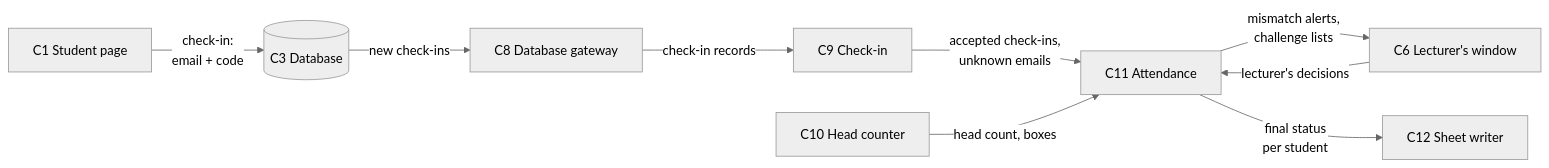
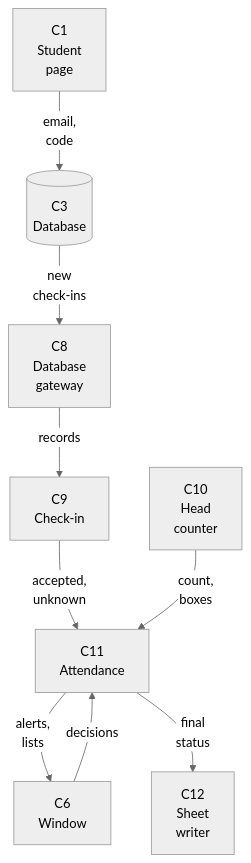
Before and after one commit to yonatanShoval/OOP_Exercise2: the second of 4 diagrams in docs/components.md, drawn with Mermaid (neutral theme). The commit also changed other lines of this file and 3 other files, not shown here.

First line of the commit message:
Fix the component diagrams for GitHub; automatic lecture summary through Gemini

````diff
--- a/docs/components.md
+++ b/docs/components.md
@@ -64,19 +64,19 @@
 ```mermaid
-flowchart LR
-    P["C1 Student page"]
-    DB[("C3 Database")]
-    G["C8 Database gateway"]
-    K["C9 Check-in"]
-    HC["C10 Head counter"]
-    A["C11 Attendance"]
-    W["C6 Lecturer's window"]
-    S["C12 Sheet writer"]
-    P -- "check-in:<br/>email + code" --> DB
-    DB -- "new check-ins" --> G
-    G -- "check-in records" --> K
-    K -- "accepted check-ins,<br/>unknown emails" --> A
-    HC -- "head count, boxes" --> A
-    A -- "mismatch alerts,<br/>challenge lists" --> W
-    W -- "lecturer's decisions" --> A
-    A -- "final status<br/>per student" --> S
+flowchart TB
+    P["C1<br/>Student<br/>page"]
+    DB[("C3<br/>Database")]
+    G["C8<br/>Database<br/>gateway"]
+    K["C9<br/>Check-in"]
+    HC["C10<br/>Head<br/>counter"]
+    A["C11<br/>Attendance"]
+    W["C6<br/>Window"]
+    S["C12<br/>Sheet<br/>writer"]
+    P -- "email,<br/>code" --> DB
+    DB -- "new<br/>check-ins" --> G
+    G -- "records" --> K
+    K -- "accepted,<br/>unknown" --> A
+    HC -- "count,<br/>boxes" --> A
+    A -- "alerts,<br/>lists" --> W
+    W -- "decisions" --> A
+    A -- "final<br/>status" --> S
 ```
````
